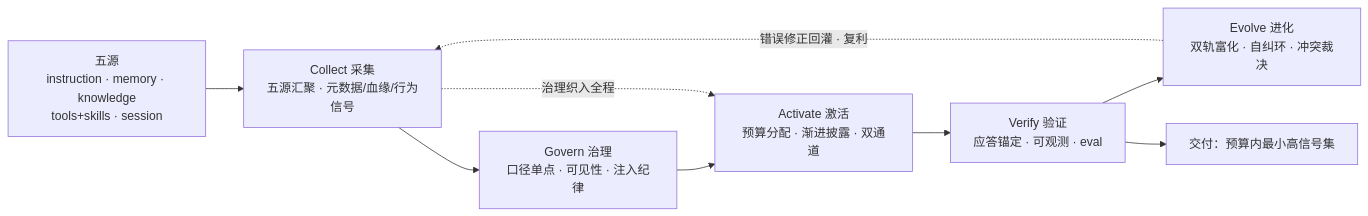
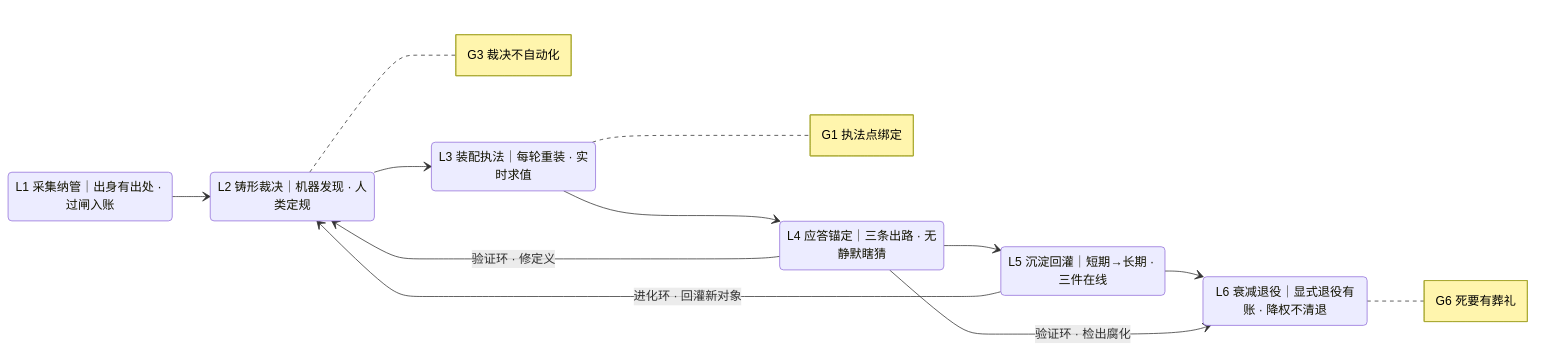
The diagram in docs/assets/mermaid/cognitive-context/context-layer--lifecycle.mmd (ThreeFish-AI/negentropy), drawn with Mermaid before and after one commit. The commit also changed 79 other files, not shown here.

First line of the commit message:
assets(context-layer): 013 配图换代八图交付+三图退役注记+进化子系统注释改锚;

```diff
--- a/docs/assets/mermaid/cognitive-context/context-layer--lifecycle.mmd
+++ b/docs/assets/mermaid/cognitive-context/context-layer--lifecycle.mmd
@@ -1,13 +1,23 @@
-%%source: docs/research/cognitive-context/013-context-layer-blueprint.md §3.3 时间轴：CGAVE 流水线（取代旧三相 Collect→Enrich→Activate，Govern 织入全程、Verify/Evolve 显式补环）
+%%source: docs/research/cognitive-context/013-context-layer-blueprint.md §9 时间面：生命周期六段两环（概览 §3.4；G1–G7 判据句 §9.5）
 %%slug: cognitive-context/context-layer--lifecycle
-%%type: dataflow
-%%derived: archify dataflow v2, redesigned from v1 collect-phase（三源汇入+富化+三出口 → 五段大回路；v1 见 git 史）
-graph LR
-    C1["Collect 采集<br/>五源汇聚 · 元数据/血缘/行为信号"] --> G1["Govern 治理<br/>口径单点 · 可见性 · 注入纪律"]
-    G1 --> A1["Activate 激活<br/>预算分配 · 渐进披露 · 双通道"]
-    A1 --> V1["Verify 验证<br/>应答锚定 · 可观测 · eval"]
-    V1 --> E1["Evolve 进化<br/>双轨富化 · 自纠环 · 冲突裁决"]
-    E1 -.->|"错误修正回灌 · 复利"| C1
-    C1 -.->|"治理织入全程"| A1
-    SRC["五源<br/>instruction · memory · knowledge<br/>tools+skills · session"] --> C1
-    V1 --> OUT["交付：预算内最小高信号集"]
+%%type: lifecycle
+%%derived: archify lifecycle v1（首制 lifecycle 版式），由 dataflow v2 CGAVE 五段单程重绘为六段两环——验证环/进化环一等化、G 法则钉段间转换；旧图见 git 史
+stateDiagram-v2
+    direction LR
+    L1 : L1 采集纳管｜出身有出处 · 过闸入账
+    L2 : L2 铸形裁决｜机器发现 · 人类定规
+    L3 : L3 装配执法｜每轮重装 · 实时求值
+    L4 : L4 应答锚定｜三条出路 · 无静默瞎猜
+    L5 : L5 沉淀回灌｜短期→长期 · 三件在线
+    L6 : L6 衰减退役｜显式退役有账 · 降权不清退
+    L1 --> L2
+    L2 --> L3
+    L3 --> L4
+    L4 --> L5
+    L5 --> L6
+    L4 --> L2 : 验证环 · 修定义
+    L4 --> L6 : 验证环 · 检出腐化
+    L5 --> L2 : 进化环 · 回灌新对象
+    note right of L3 : G1 执法点绑定
+    note right of L2 : G3 裁决不自动化
+    note right of L6 : G6 死要有葬礼
```
